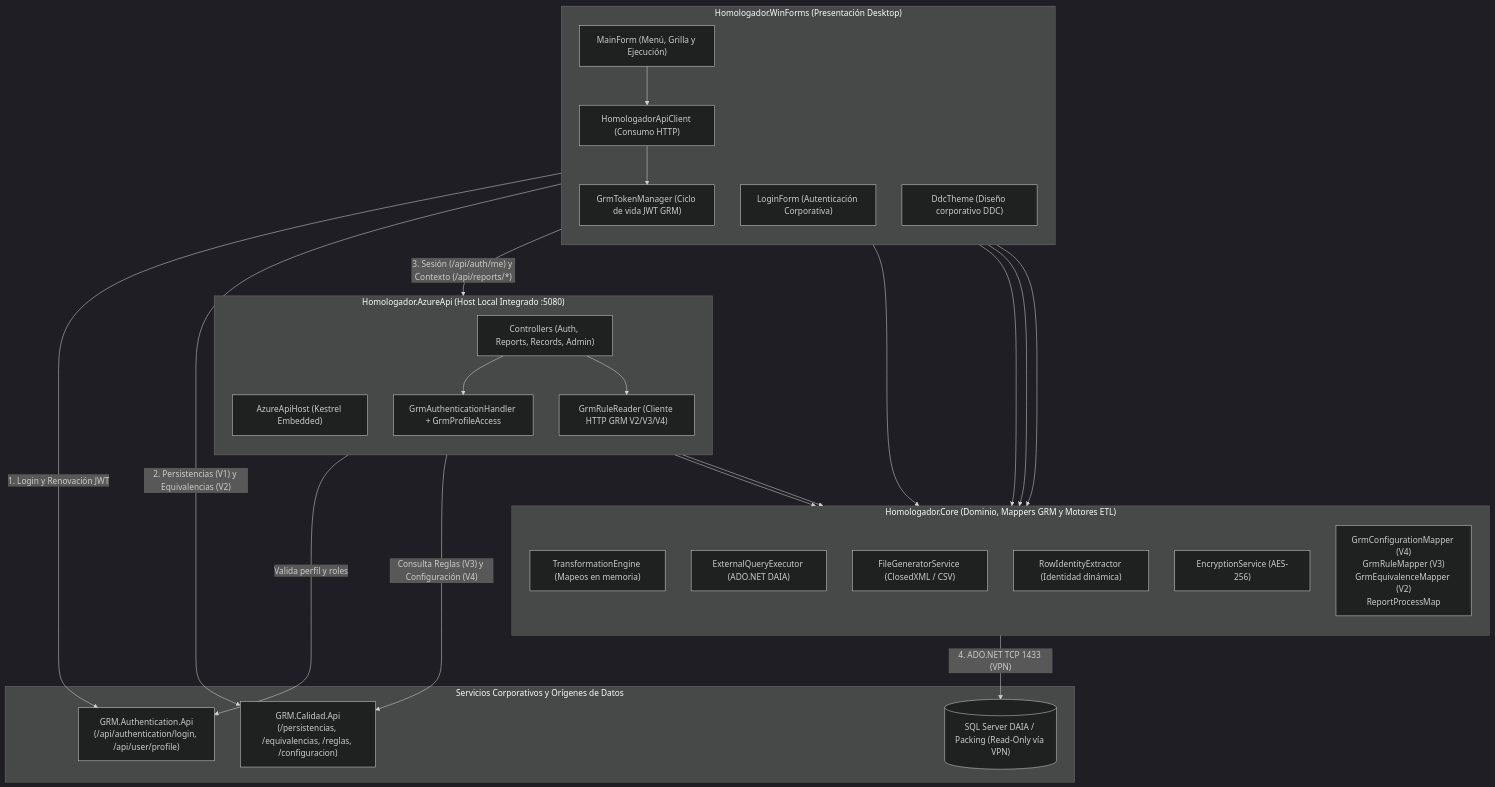
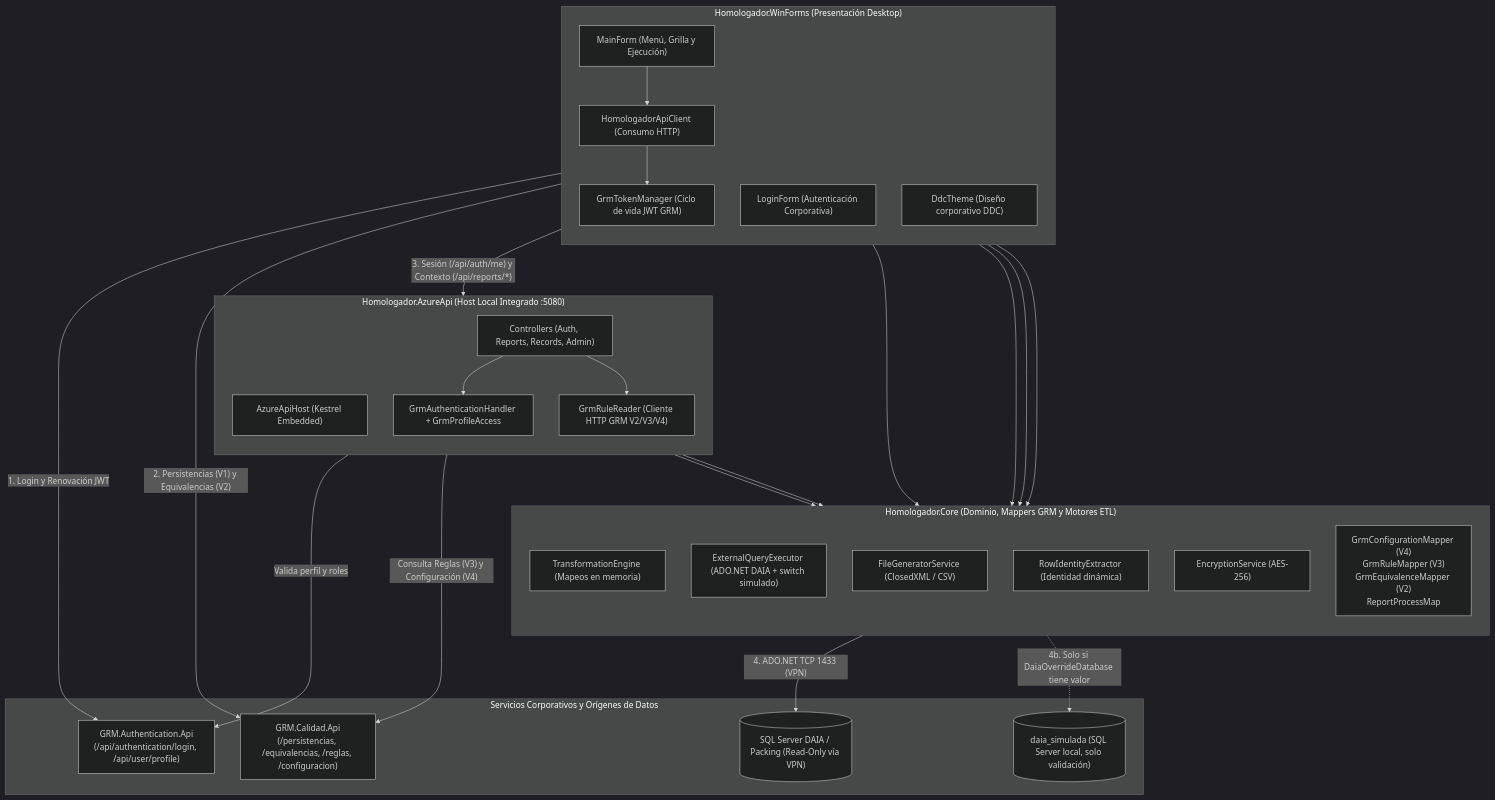
Before and after one commit to Gonzaloandres1996/Homologador: the first of 2 diagrams in README.md, drawn with Mermaid (dark theme). The commit also changed other lines of this file, not shown here.

````diff
--- a/README.md
+++ b/README.md
@@ -30,52 +47,54 @@
 ```mermaid
 flowchart TD
     subgraph UI ["Homologador.WinForms (Presentación Desktop)"]
         direction TB
         MainForm["MainForm (Menú, Grilla y Ejecución)"]
         LoginForm["LoginForm (Autenticación Corporativa)"]
         TokenMgr["GrmTokenManager (Ciclo de vida JWT GRM)"]
         ApiClient["HomologadorApiClient (Consumo HTTP)"]
         DdcTheme["DdcTheme (Diseño corporativo DDC)"]
     end
 
     subgraph Core ["Homologador.Core (Dominio, Mappers GRM y Motores ETL)"]
         direction TB
         TransEngine["TransformationEngine (Mapeos en memoria)"]
-        QueryExec["ExternalQueryExecutor (ADO.NET DAIA)"]
+        QueryExec["ExternalQueryExecutor (ADO.NET DAIA + switch simulado)"]
         FileGen["FileGeneratorService (ClosedXML / CSV)"]
         IdExtractor["RowIdentityExtractor (Identidad dinámica)"]
         Crypto["EncryptionService (AES-256)"]
         GrmMappers["GrmConfigurationMapper (V4)\nGrmRuleMapper (V3)\nGrmEquivalenceMapper (V2)\nReportProcessMap"]
     end
 
     subgraph API ["Homologador.AzureApi (Host Local Integrado :5080)"]
         direction TB
         Host["AzureApiHost (Kestrel Embedded)"]
         AuthHandler["GrmAuthenticationHandler + GrmProfileAccess"]
         RuleReader["GrmRuleReader (Cliente HTTP GRM V2/V3/V4)"]
         Controllers["Controllers (Auth, Reports, Records, Admin)"]
     end
 
     subgraph Externo ["Servicios Corporativos y Orígenes de Datos"]
         GrmAuth["GRM.Authentication.Api\n(/api/authentication/login, /api/user/profile)"]
         GrmCalidad["GRM.Calidad.Api\n(/persistencias, /equivalencias, /reglas, /configuracion)"]
         PackDB[("SQL Server DAIA / Packing (Read-Only vía VPN)")]
+        SimDB[("daia_simulada (SQL Server local, solo validación)")]
     end
 
     MainForm --> ApiClient
     ApiClient --> TokenMgr
     TokenMgr -->|"1. Login y Renovación JWT"| GrmAuth
     ApiClient -->|"2. Persistencias (V1) y Equivalencias (V2)"| GrmCalidad
     ApiClient -->|"3. Sesión (/api/auth/me) y Contexto (/api/reports/*)"| Controllers
     Controllers --> AuthHandler
     AuthHandler -->|"Valida perfil y roles"| GrmAuth
     Controllers --> RuleReader
     RuleReader -->|"Consulta Reglas (V3) y Configuración (V4)"| GrmCalidad
     RuleReader --> GrmMappers
     RuleReader --> Crypto
     MainForm --> TransEngine
     MainForm --> QueryExec
     MainForm --> FileGen
     MainForm --> IdExtractor
     QueryExec -->|"4. ADO.NET TCP 1433 (VPN)"| PackDB
+    QueryExec -.->|"4b. Solo si DaiaOverrideDatabase tiene valor"| SimDB
 ```
````
